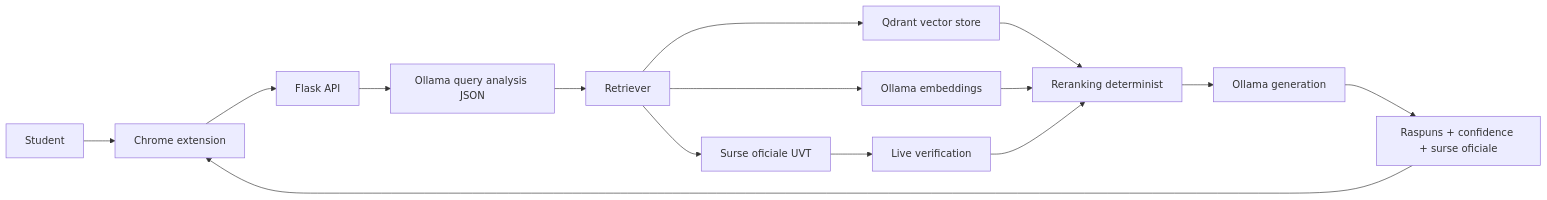
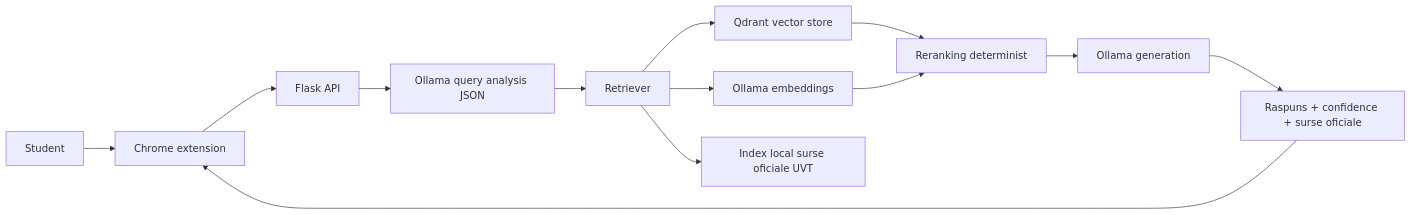
The diagram in docs/architecture.md (Catalin-Pavel-04/UVT_Asist), drawn with Mermaid before and after one commit. The commit also changed other lines of this file and 19 other files, not shown here.

````diff
--- a/docs/architecture.md
+++ b/docs/architecture.md
@@ -9,17 +9,15 @@
 ```mermaid
 flowchart LR
     A[Student] --> B[Chrome extension]
     B --> C[Flask API]
     C --> Q[Ollama query analysis JSON]
     Q --> D[Retriever]
     D --> E[Qdrant vector store]
     D --> F[Ollama embeddings]
-    D --> G[Surse oficiale UVT]
-    G --> H[Live verification]
+    D --> G[Index local surse oficiale UVT]
     E --> I[Reranking determinist]
     F --> I
-    H --> I
     I --> J[Ollama generation]
     J --> K[Raspuns + confidence + surse oficiale]
     K --> B
 ```
````
